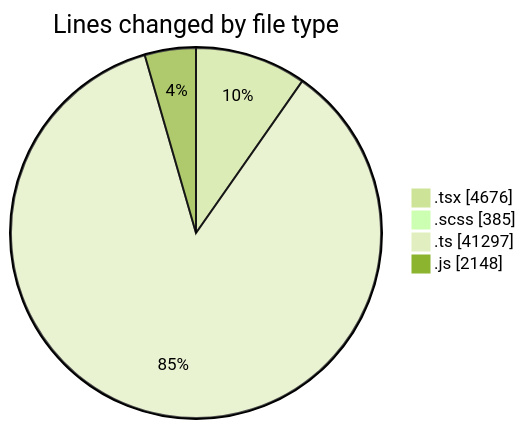
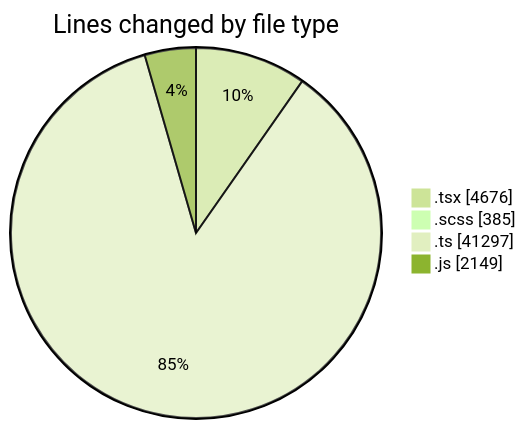
Before and after one commit to momahboobian/code-tracking: the first of 2 diagrams in 2025-06-17/cda/README.md, drawn with Mermaid (forest theme). The commit also changed other lines of this file and 1 other file, not shown here.

````diff
--- a/2025-06-17/cda/README.md
+++ b/2025-06-17/cda/README.md
@@ -50,8 +50,8 @@
 ```mermaid
 pie showData
 title Lines changed by file type
 ".tsx" : 4676
 ".scss" : 385
 ".ts" : 41297
-".js" : 2148
+".js" : 2149
 ```
````
